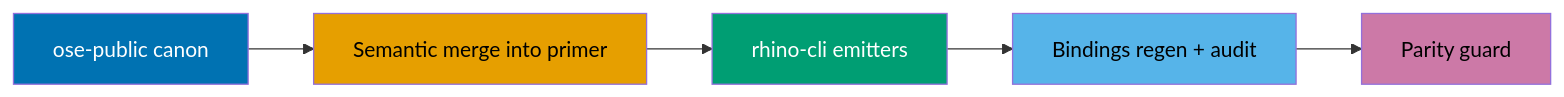
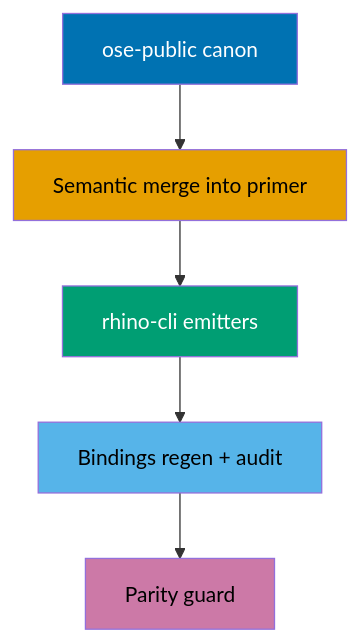
Before and after one commit to wahidyankf/ose-primer: the diagram in plans/in-progress/plan-domain-parity/tech-docs.md, drawn with Mermaid. The commit also changed 5 other files, not shown here.

````diff
--- a/plans/in-progress/plan-domain-parity/tech-docs.md
+++ b/plans/in-progress/plan-domain-parity/tech-docs.md
@@ -9,15 +9,15 @@
 ```mermaid
-flowchart LR
+flowchart TD
   accTitle: Canon flow into ose-primer
   accDescr: ose-public lands merged canon first; primer adopts via semantic merge; emitters regenerate bindings; parity guard validates both CLIs.
   A[ose-public canon] --> B[Semantic merge into primer]
   B --> C[rhino-cli emitters]
   C --> D[Bindings regen + audit]
   D --> E[Parity guard]
 
   style A fill:#0072B2,color:#FFFFFF
   style B fill:#E69F00,color:#000000
   style C fill:#009E73,color:#FFFFFF
   style D fill:#56B4E9,color:#000000
   style E fill:#CC79A7,color:#000000
 ```
````
